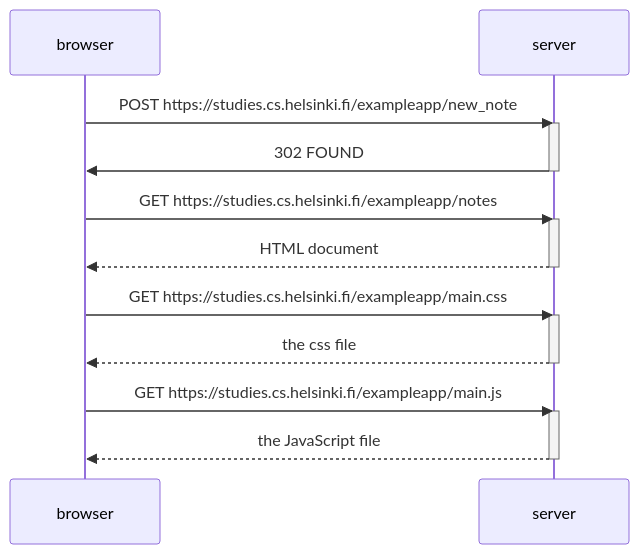
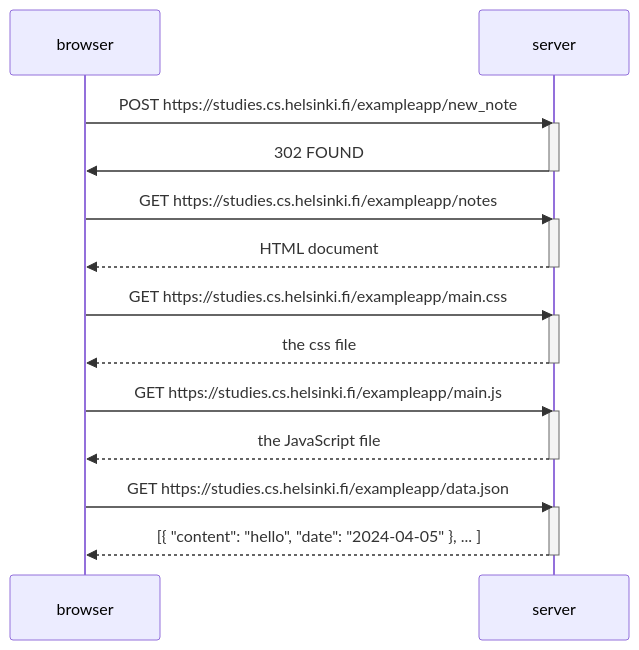
The diagram in part0/new note diagram.md (jacekkazalski/Fullstack-Open-Course), drawn with Mermaid before and after one commit.

Commit message:
Update new note diagram.md

````diff
--- a/part0/new note diagram.md
+++ b/part0/new note diagram.md
@@ -1,24 +1,29 @@
 ```mermaid
   sequenceDiagram
     participant browser
     participant server
     
     browser->>server: POST https://studies.cs.helsinki.fi/exampleapp/new_note
     activate server
     server->>browser: 302 FOUND
     deactivate server
     browser->>server: GET https://studies.cs.helsinki.fi/exampleapp/notes
     activate server
     server-->>browser: HTML document
     deactivate server
   
     browser->>server: GET https://studies.cs.helsinki.fi/exampleapp/main.css
     activate server
     server-->>browser: the css file
     deactivate server
   
     browser->>server: GET https://studies.cs.helsinki.fi/exampleapp/main.js
     activate server
     server-->>browser: the JavaScript file
     deactivate server
+
+    browser->>server: GET https://studies.cs.helsinki.fi/exampleapp/data.json
+    activate server
+    server-->>browser: [{ "content": "hello", "date": "2024-04-05" }, ... ]
+    deactivate server
 ```
````
